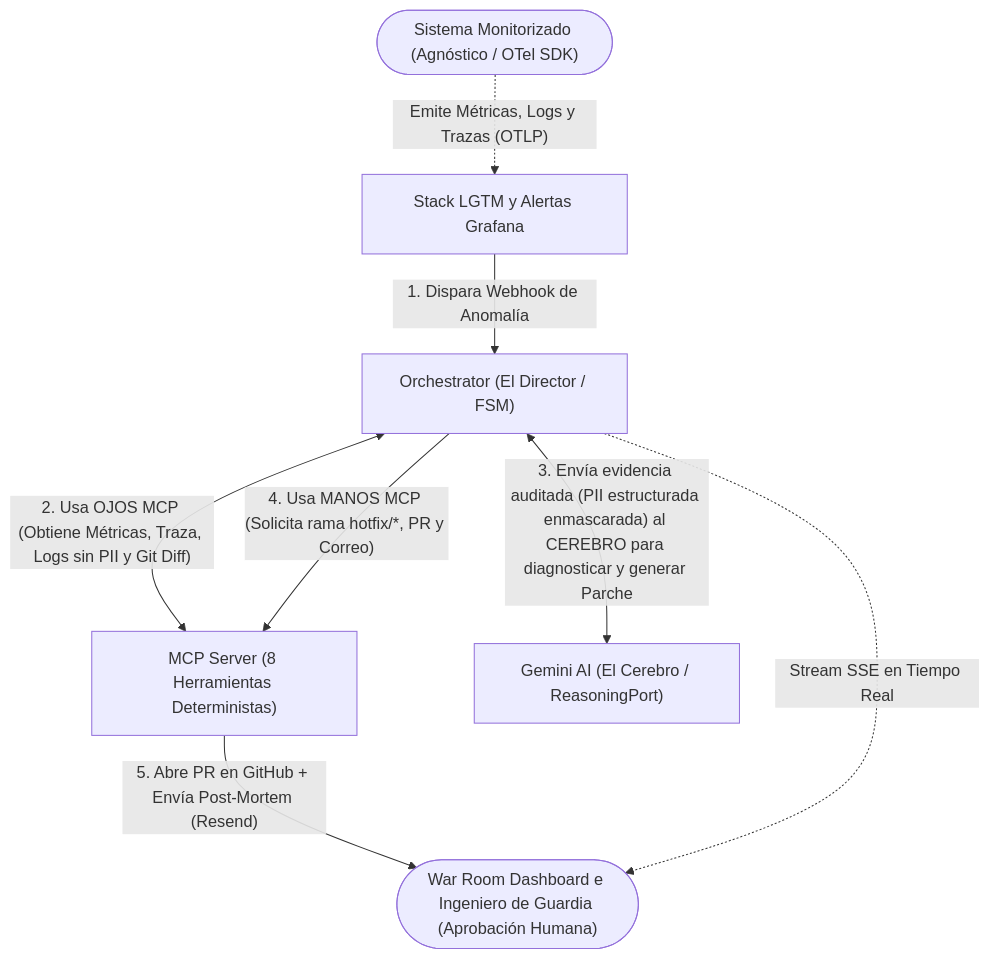
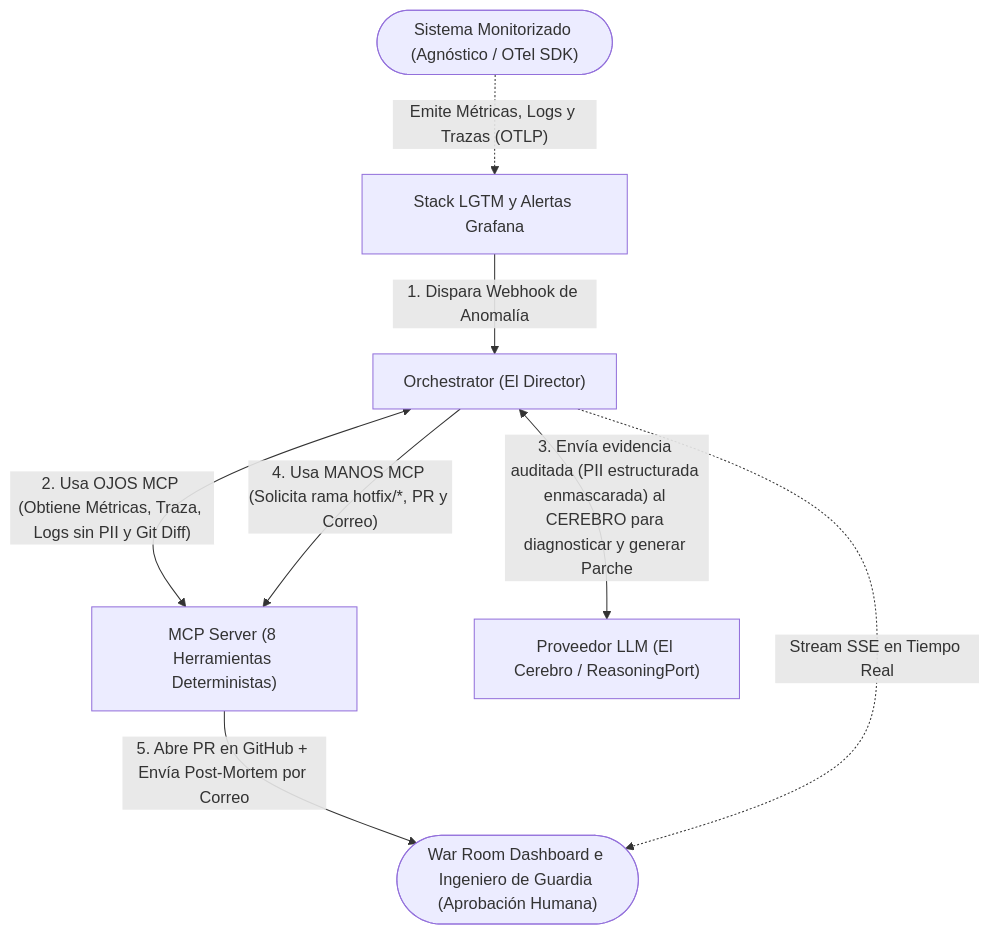
The first of 5 diagrams in docs/es-ES/00_architecture_master.md (AdmilsonGoncalves/zeromttr), drawn with Mermaid before and after one commit. The commit also changed other lines of this file and 75 other files, not shown here.

````diff
--- a/docs/es-ES/00_architecture_master.md
+++ b/docs/es-ES/00_architecture_master.md
@@ -60,10 +60,10 @@
 ```mermaid
 flowchart TD
     APP(["Sistema Monitorizado (Agnóstico / OTel SDK)"]) -.->|"Emite Métricas, Logs y Trazas (OTLP)"| GRAF["Stack LGTM y Alertas Grafana"]
-    GRAF -->|"1. Dispara Webhook de Anomalía"| ORCH["Orchestrator (El Director / FSM)"]
+    GRAF -->|"1. Dispara Webhook de Anomalía"| ORCH["Orchestrator (El Director)"]
     ORCH <-->|"2. Usa OJOS MCP (Obtiene Métricas, Traza, Logs sin PII y Git Diff)"| MCP["MCP Server (8 Herramientas Deterministas)"]
-    ORCH <-->|"3. Envía evidencia auditada (PII estructurada enmascarada) al CEREBRO para diagnosticar y generar Parche"| IA["Gemini AI (El Cerebro / ReasoningPort)"]
+    ORCH <-->|"3. Envía evidencia auditada (PII estructurada enmascarada) al CEREBRO para diagnosticar y generar Parche"| IA["Proveedor LLM (El Cerebro / ReasoningPort)"]
     ORCH -->|"4. Usa MANOS MCP (Solicita rama hotfix/*, PR y Correo)"| MCP
-    MCP -->|"5. Abre PR en GitHub + Envía Post-Mortem (Resend)"| GOV(["War Room Dashboard e Ingeniero de Guardia (Aprobación Humana)"])
+    MCP -->|"5. Abre PR en GitHub + Envía Post-Mortem por Correo"| GOV(["War Room Dashboard e Ingeniero de Guardia (Aprobación Humana)"])
     ORCH -.->|"Stream SSE en Tiempo Real"| GOV
 ```
````
